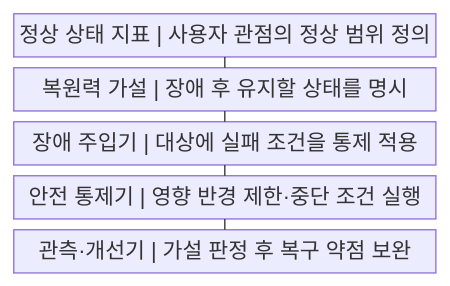
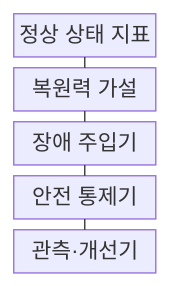
One commit to agnusdei1207/knowledge-base changed the first of 2 diagrams in src/content/docs/notes/03-software/215_chaos_engineering.md. Above: the diagram before and after it, drawn with Mermaid. The commit also changed other lines of this file and 238 other files, not shown here.

````diff
--- a/src/content/docs/notes/03-software/215_chaos_engineering.md
+++ b/src/content/docs/notes/03-software/215_chaos_engineering.md
@@ -51,13 +51,13 @@
 ```mermaid
-block
+block-beta
     columns 1
-    A["정상 상태 지표 | 사용자 관점의 정상 범위 정의"]
-    B["복원력 가설 | 장애 후 유지할 상태를 명시"]
-    C["장애 주입기 | 대상에 실패 조건을 통제 적용"]
-    D["안전 통제기 | 영향 반경 제한·중단 조건 실행"]
-    E["관측·개선기 | 가설 판정 후 복구 약점 보완"]
+    A["정상 상태 지표"]
+    B["복원력 가설"]
+    C["장애 주입기"]
+    D["안전 통제기"]
+    E["관측·개선기"]
     A --- B
     B --- C
     C --- D
     D --- E
 ```
````
